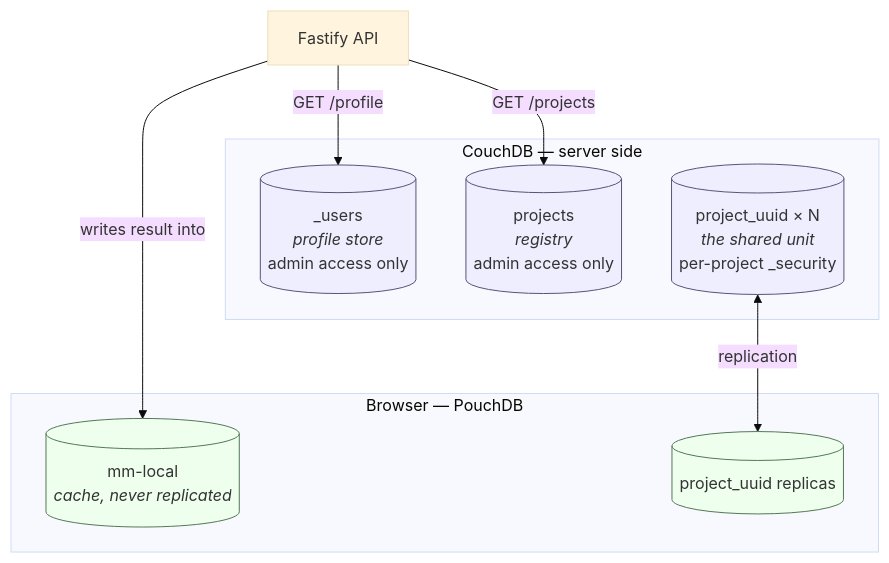
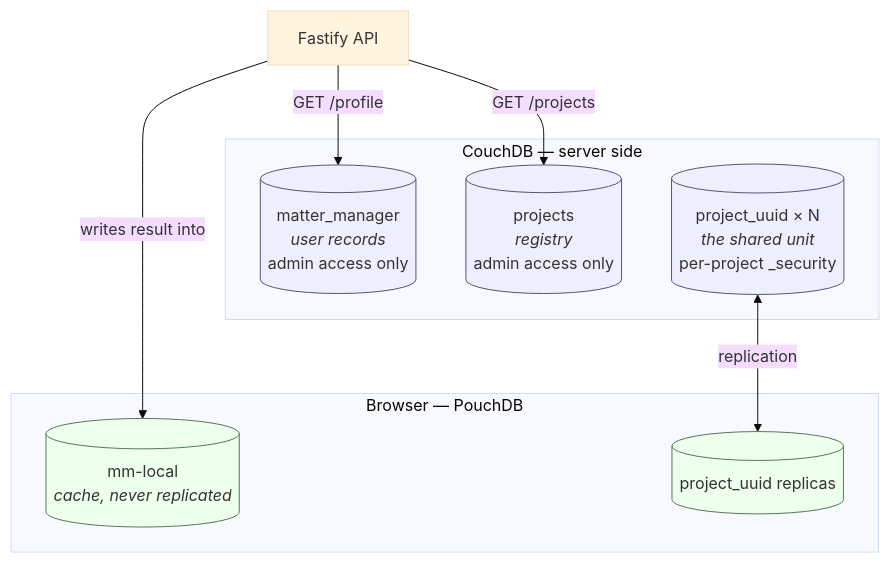
One commit to beyonddemise/matter-manager changed the diagram in docs/DATA-MODEL.md. Above: the diagram before and after it, drawn with Mermaid (base theme). The commit also changed other lines of this file and 10 other files, not shown here.

````diff
--- a/docs/DATA-MODEL.md
+++ b/docs/DATA-MODEL.md
@@ -5,21 +5,21 @@
 ```mermaid
 flowchart TB
   subgraph SERVER["CouchDB — server side"]
-    U[("_users<br/><i>profile store</i><br/>admin access only")]
+    U[("matter_manager<br/><i>user records</i><br/>admin access only")]
     R[("projects<br/><i>registry</i><br/>admin access only")]
     P[("project_uuid × N<br/><i>the shared unit</i><br/>per-project _security")]
   end
   subgraph CLIENT["Browser — PouchDB"]
     L[("mm-local<br/><i>cache, never replicated</i>")]
     PR[("project_uuid replicas")]
   end
   API["Fastify API"]
   API -->|GET /profile| U
   API -->|GET /projects| R
   API -->|writes result into| L
   P <-->|replication| PR
   classDef srv fill:#eef,stroke:#557
   classDef cli fill:#efe,stroke:#575
   class U,R,P srv
   class L,PR cli
 ```
````
